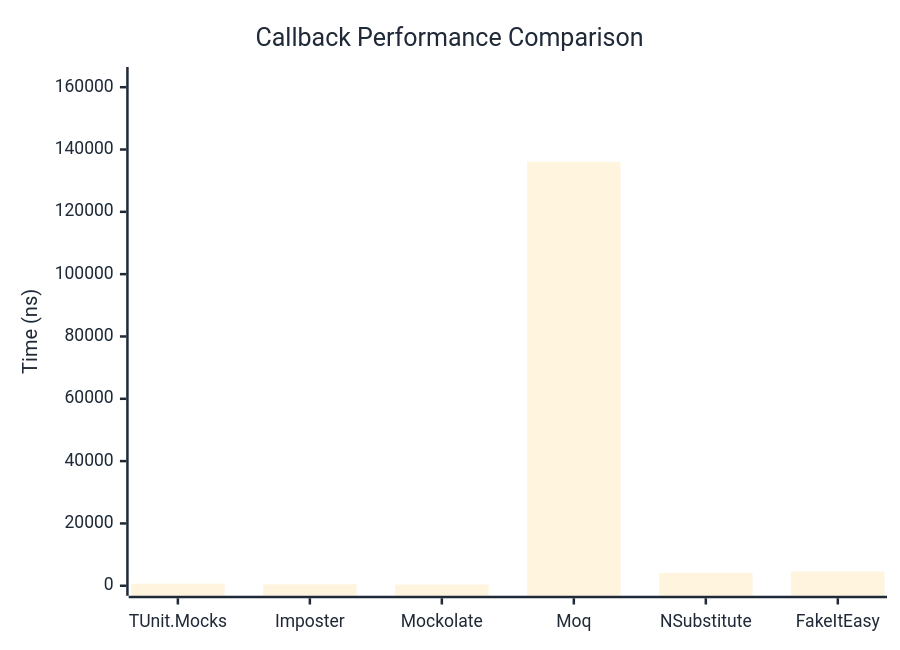
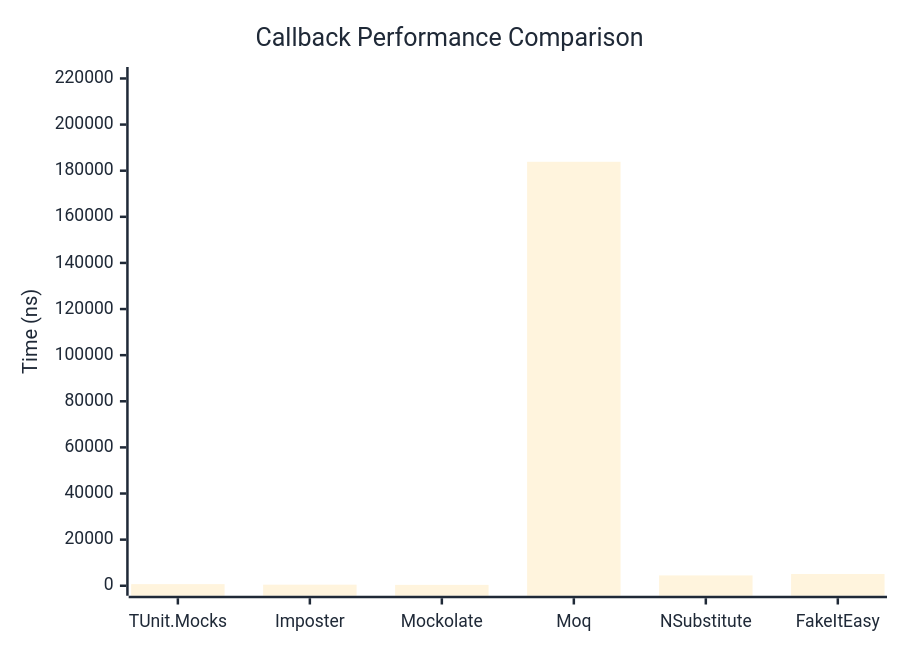
The first of 2 diagrams in docs/docs/benchmarks/mocks/Callback.md (thomhurst/TUnit), drawn with Mermaid before and after one commit. The commit also changed other lines of this file and 14 other files, not shown here.

````diff
--- a/docs/docs/benchmarks/mocks/Callback.md
+++ b/docs/docs/benchmarks/mocks/Callback.md
@@ -30,27 +30,27 @@
 ```mermaid
 %%{init: {
   'theme':'base',
   'themeVariables': {
     'primaryColor': '#2563eb',
     'primaryTextColor': '#1f2937',
     'primaryBorderColor': '#1e40af',
     'lineColor': '#6b7280',
     'secondaryColor': '#7c3aed',
     'tertiaryColor': '#dc2626',
     'background': '#ffffff',
     'pie1': '#2563eb',
     'pie2': '#7c3aed',
     'pie3': '#dc2626',
     'pie4': '#f59e0b',
     'pie5': '#10b981',
     'pie6': '#06b6d4',
     'pie7': '#ec4899',
     'pie8': '#6366f1'
   }
 }}%%
 xychart-beta
   title "Callback Performance Comparison"
   x-axis ["TUnit.Mocks", "Imposter", "Mockolate", "Moq", "NSubstitute", "FakeItEasy"]
-  y-axis "Time (ns)" 0 --> 163271
-  bar [643.2, 459.2, 355.3, 136059.1, 4093.4, 4571.5]
+  y-axis "Time (ns)" 0 --> 220634
+  bar [697.7, 469.3, 376.3, 183861.5, 4478.3, 5088.7]
 ```
````
